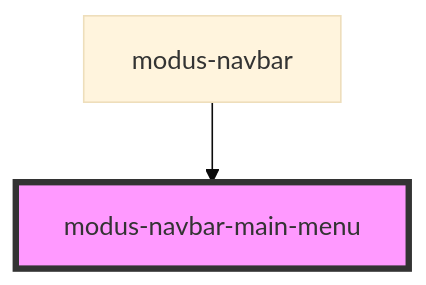
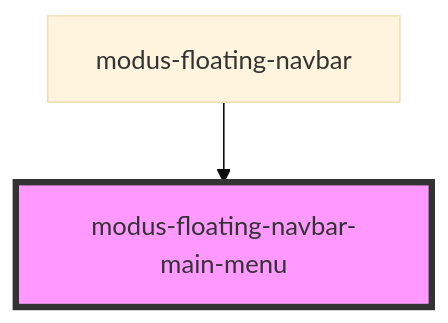
The diagram in stencil-workspace/src/components/modus-floating-navbar/main-menu/readme.md (trimble-oss/modus-web-components), drawn with Mermaid (base theme) before and after one commit. The commit also changed other lines of this file and 48 other files, not shown here.

Commit message:
Modified floating navbar component

````diff
--- a/stencil-workspace/src/components/modus-floating-navbar/main-menu/readme.md
+++ b/stencil-workspace/src/components/modus-floating-navbar/main-menu/readme.md
@@ -22,5 +22,5 @@
 ```mermaid
 graph TD;
-  modus-navbar --> modus-navbar-main-menu
-  style modus-navbar-main-menu fill:#f9f,stroke:#333,stroke-width:4px
+  modus-floating-navbar --> modus-floating-navbar-main-menu
+  style modus-floating-navbar-main-menu fill:#f9f,stroke:#333,stroke-width:4px
 ```
````
